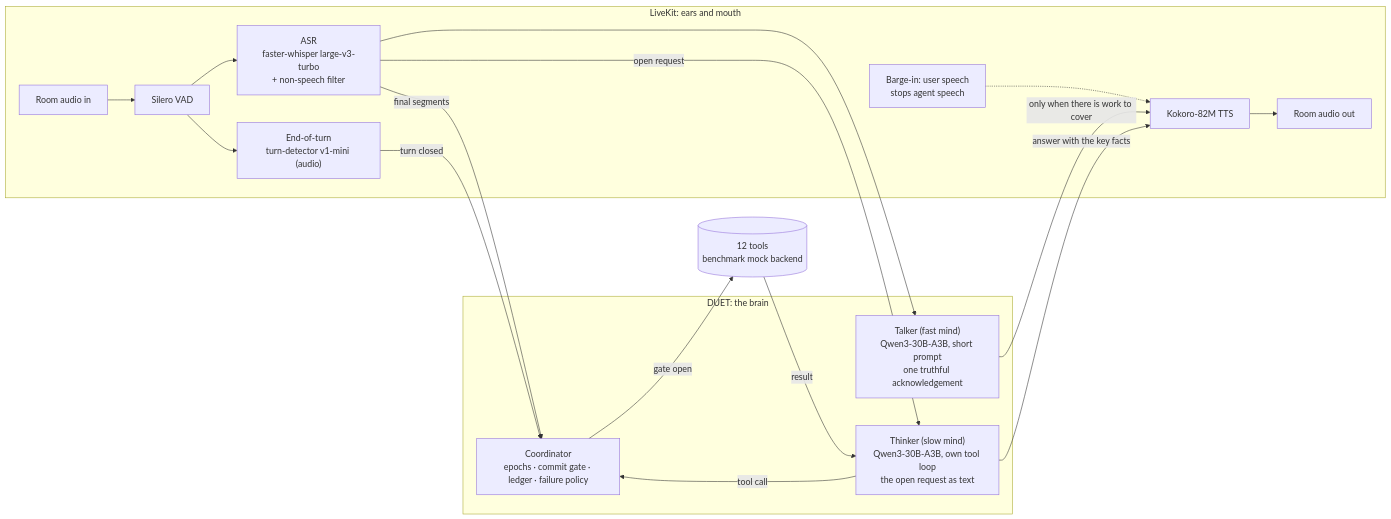
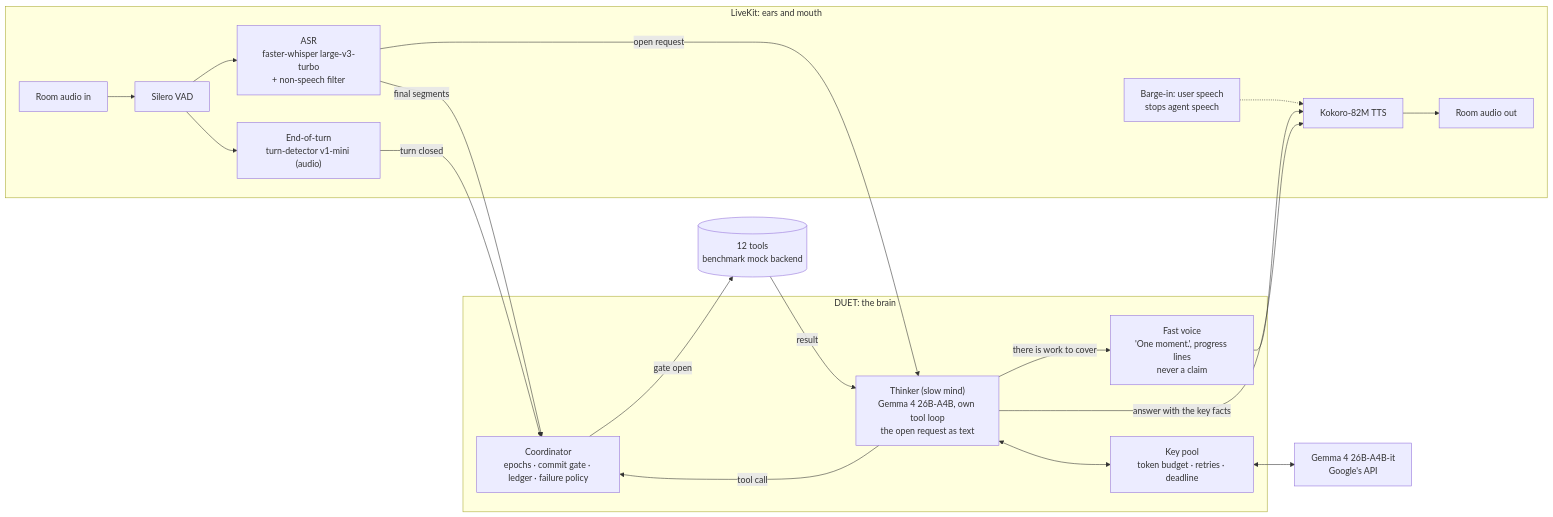
The diagram in docs/ARCHITECTURE.md (tannnmayy/DUET-SAMSUNGPRISM-HACKATHON-TEAM-SE7EN), drawn with Mermaid before and after one commit. The commit also changed other lines of this file and 17 other files, not shown here.

First line of the commit message:
Harden the live run on Gemma: warm-up room, fixed line for a slow thinker, no model calls on stale turns

````diff
--- a/docs/ARCHITECTURE.md
+++ b/docs/ARCHITECTURE.md
@@ -9,24 +9,27 @@
 ```mermaid
 flowchart LR
     subgraph LiveKit["LiveKit: ears and mouth"]
         A[Room audio in] --> V[Silero VAD]
         V --> S["ASR<br/>faster-whisper large-v3-turbo<br/>+ non-speech filter"]
         V --> E["End-of-turn<br/>turn-detector v1-mini (audio)"]
         TTS["Kokoro-82M TTS"] --> O[Room audio out]
         BI[Barge-in: user speech<br/>stops agent speech] -.-> TTS
     end
     subgraph DUET["DUET: the brain"]
         C["Coordinator<br/>epochs · commit gate · ledger · failure policy"]
-        T["Talker (fast mind)<br/>Qwen3-30B-A3B, short prompt<br/>one truthful acknowledgement"]
-        K["Thinker (slow mind)<br/>Qwen3-30B-A3B, own tool loop<br/>the open request as text"]
+        T["Fast voice<br/>'One moment.', progress lines<br/>never a claim"]
+        K["Thinker (slow mind)<br/>Gemma 4 26B-A4B, own tool loop<br/>the open request as text"]
+        P["Key pool<br/>token budget · retries · deadline"]
     end
     S -->|final segments| C
     E -->|turn closed| C
     S -->|open request| K
-    S --> T
     K -->|tool call| C
     C -->|gate open| B[(12 tools<br/>benchmark mock backend)]
     B -->|result| K
-    T -->|"only when there is work to cover"| TTS
+    K -->|"there is work to cover"| T
+    T --> TTS
     K -->|answer with the key facts| TTS
+    K <--> P
+    P <--> G["Gemma 4 26B-A4B-it<br/>Google's API"]
 ```
````
